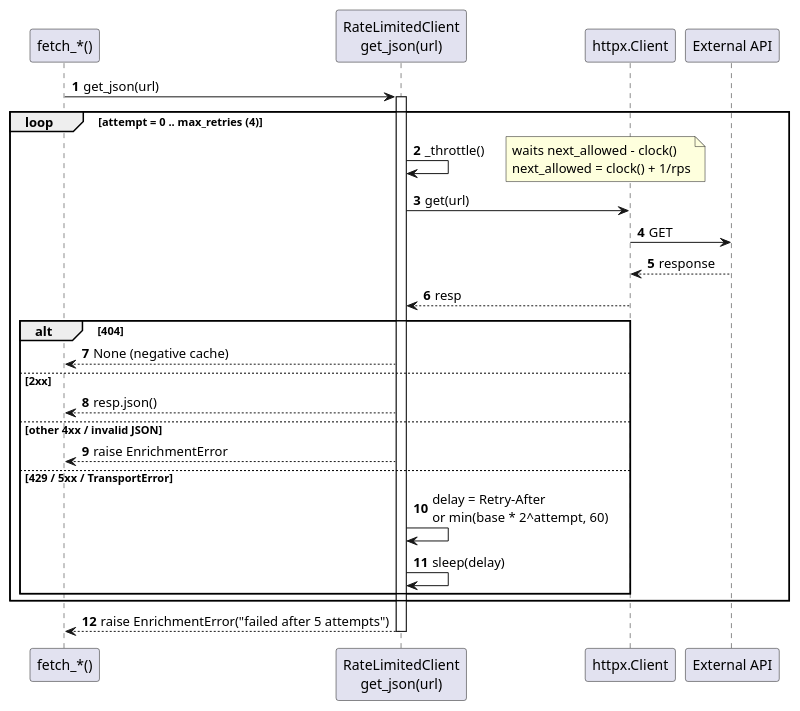
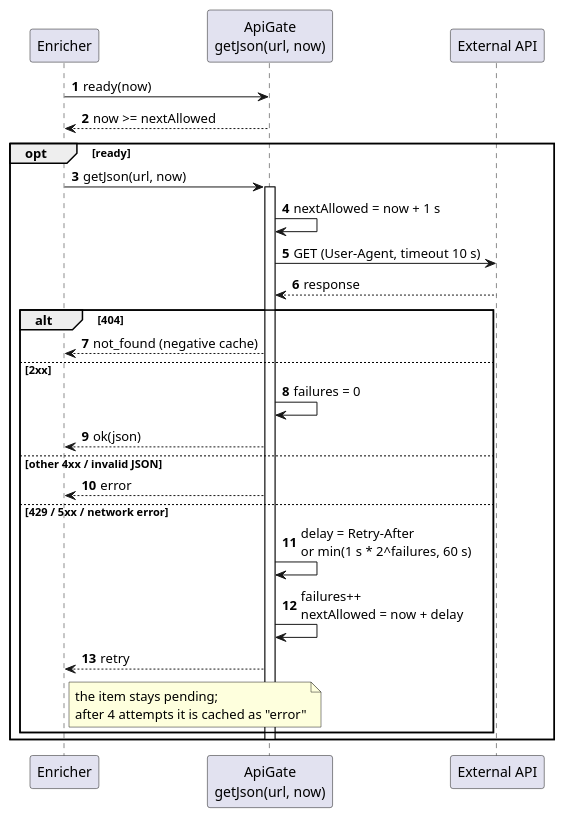
The diagram in docs/system-documentation/use-cases/US05/puml/sd_us05.puml (miguelsiilva1/SkyTracer), drawn with PlantUML before and after one commit. The commit also changed 31 other files, not shown here.

Commit message:
docs: update architecture documentation for the Cloudflare and Supabase backend

```diff
--- a/docs/system-documentation/use-cases/US05/puml/sd_us05.puml
+++ b/docs/system-documentation/use-cases/US05/puml/sd_us05.puml
@@ -1,33 +1,30 @@
 @startuml
 autonumber
-participant "fetch_*()" as F
-participant "RateLimitedClient\nget_json(url)" as RL
-participant "httpx.Client" as H
+participant "Enricher" as E
+participant "ApiGate\ngetJson(url, now)" as G
 participant "External API" as Ext
 
-F -> RL : get_json(url)
-activate RL
-loop attempt = 0 .. max_retries (4)
-  RL -> RL : _throttle()
-  note right
-    waits next_allowed - clock()
-    next_allowed = clock() + 1/rps
-  end note
-  RL -> H : get(url)
-  H -> Ext : GET
-  Ext --> H : response
-  H --> RL : resp
+E -> G : ready(now)
+G --> E : now >= nextAllowed
+opt ready
+  E -> G : getJson(url, now)
+  activate G
+  G -> G : nextAllowed = now + 1 s
+  G -> Ext : GET (User-Agent, timeout 10 s)
+  Ext --> G : response
   alt 404
-    RL --> F : None (negative cache)
+    G --> E : not_found (negative cache)
   else 2xx
-    RL --> F : resp.json()
+    G -> G : failures = 0
+    G --> E : ok(json)
   else other 4xx / invalid JSON
-    RL --> F : raise EnrichmentError
-  else 429 / 5xx / TransportError
-    RL -> RL : delay = Retry-After\nor min(base * 2^attempt, 60)
-    RL -> RL : sleep(delay)
+    G --> E : error
+  else 429 / 5xx / network error
+    G -> G : delay = Retry-After\nor min(1 s * 2^failures, 60 s)
+    G -> G : failures++\nnextAllowed = now + delay
+    G --> E : retry
+    note right of E : the item stays pending;\nafter 4 attempts it is cached as "error"
   end
+  deactivate G
 end
-RL --> F : raise EnrichmentError("failed after 5 attempts")
-deactivate RL
 @enduml
```
